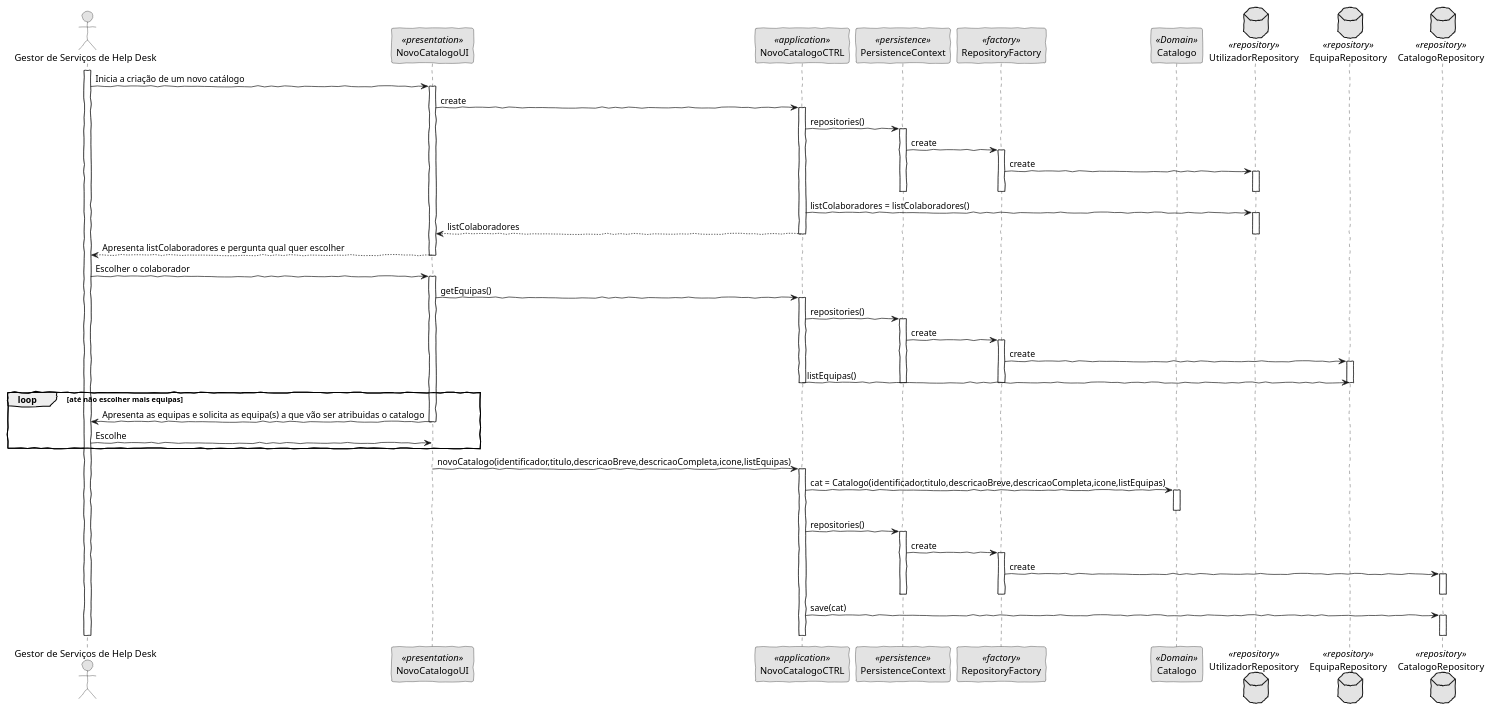
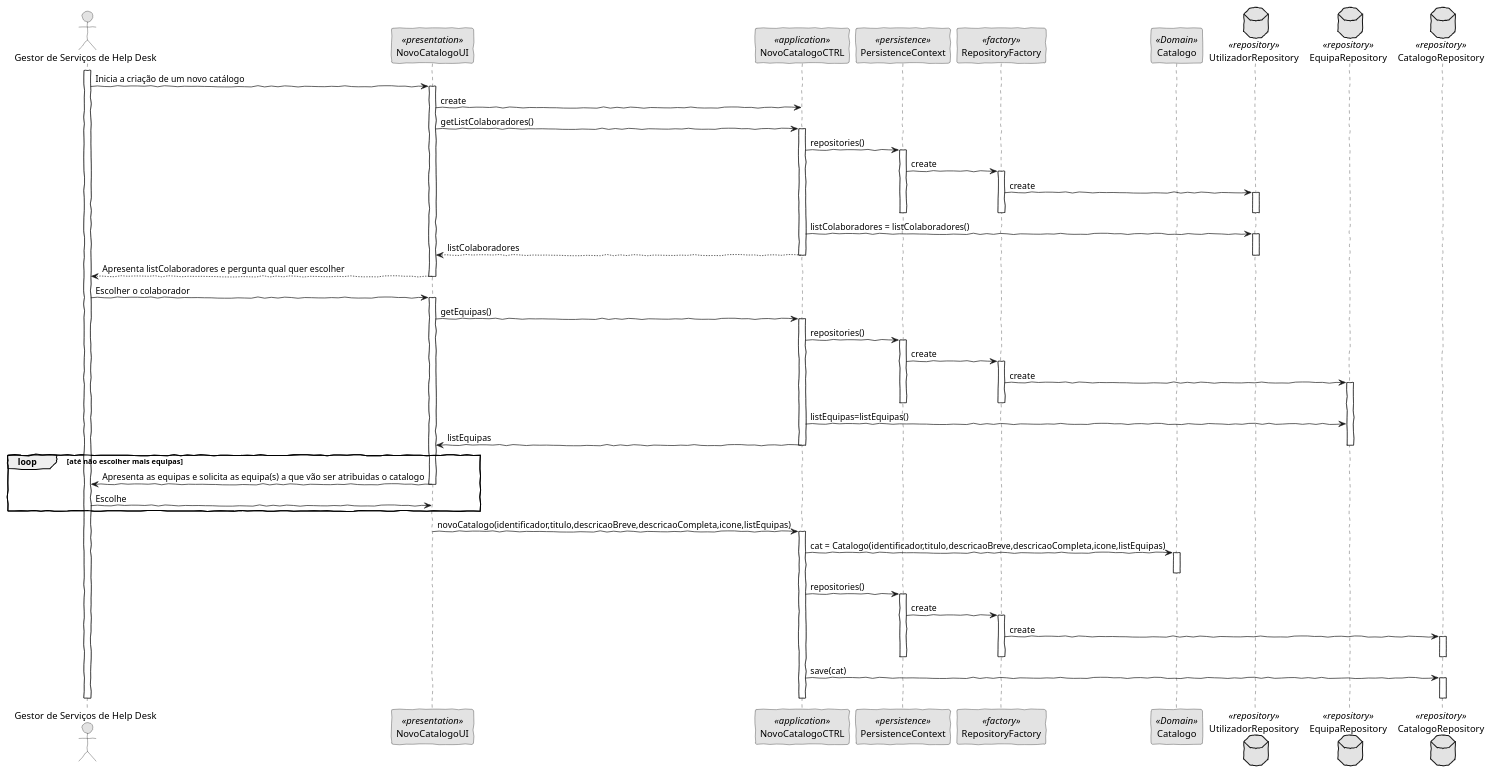
Before and after one commit to pedrolemos4/LAPR4: the diagram in docs/US2001/SD.puml, drawn with PlantUML. The commit also changed 11 other files, not shown here.

```diff
--- a/docs/US2001/SD.puml
+++ b/docs/US2001/SD.puml
@@ -1,83 +1,85 @@
 @startuml
 'http://plantuml.com/skinparam.html
 skinparam handwritten true
 skinparam monochrome true
 skinparam packageStyle rect
 skinparam defaultFontName FG Virgil
 skinparam shadowing false
 
 Actor "Gestor de Serviços de Help Desk" as Actor
 participant NovoCatalogoUI as UI <<presentation>>
 participant NovoCatalogoCTRL as Controller <<application>>
 participant PersistenceContext as Persistence <<persistence>>
 participant RepositoryFactory as Factory <<factory>>
 participant Catalogo as Catalogo <<Domain>>
 database UtilizadorRepository as URepository <<repository>>
 database EquipaRepository as ERepository <<repository>>
 database CatalogoRepository as CRepository <<repository>>
 
 
 activate Actor
     Actor -> UI: Inicia a criação de um novo catálogo
     activate UI
       UI -> Controller: create
+      UI -> Controller: getListColaboradores()
     activate Controller
         Controller -> Persistence: repositories()
     activate Persistence
         Persistence -> Factory: create
     activate Factory
         Factory -> URepository: create
     activate URepository
     deactivate Persistence
     deactivate Factory
     deactivate URepository
         Controller -> URepository: listColaboradores = listColaboradores()
     activate URepository
         Controller --> UI: listColaboradores
     deactivate URepository
     deactivate Controller
         UI --> Actor : Apresenta listColaboradores e pergunta qual quer escolher
     deactivate UI
       Actor -> UI: Escolher o colaborador
     activate UI
     UI -> Controller: getEquipas()
     activate Controller
     Controller -> Persistence: repositories()
     activate Persistence
         Persistence -> Factory: create
     activate Factory
         Factory -> ERepository: create
     activate ERepository
-      Controller -> ERepository : listEquipas()
-    deactivate Controller
     deactivate Persistence
     deactivate Factory
+      Controller -> ERepository : listEquipas=listEquipas()
+      Controller -> UI: listEquipas
+    deactivate Controller
     deactivate ERepository
     loop até não escolher mais equipas
       UI -> Actor: Apresenta as equipas e solicita as equipa(s) a que vão ser atribuidas o catalogo
     deactivate UI
       Actor -> UI: Escolhe
     end loop
     activate UI
       UI -> Controller: novoCatalogo(identificador,titulo,descricaoBreve,descricaoCompleta,icone,listEquipas)
     activate Controller
       Controller -> Catalogo: cat = Catalogo(identificador,titulo,descricaoBreve,descricaoCompleta,icone,listEquipas)
     activate Catalogo
     deactivate Catalogo
       Controller -> Persistence: repositories()
     activate Persistence
       Persistence -> Factory: create
     activate Factory
       Factory -> CRepository: create
     activate CRepository
     deactivate Persistence
     deactivate Factory
     deactivate CRepository
       Controller -> CRepository: save(cat)
     activate CRepository
     deactivate CRepository
     deactivate Controller
     deactivate UI
 
 deactivate Actor
 @enduml
```
